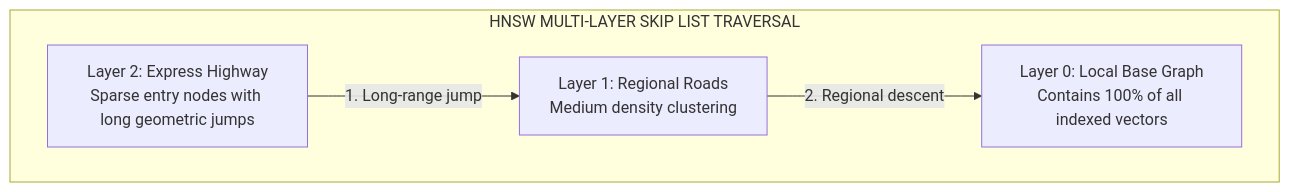
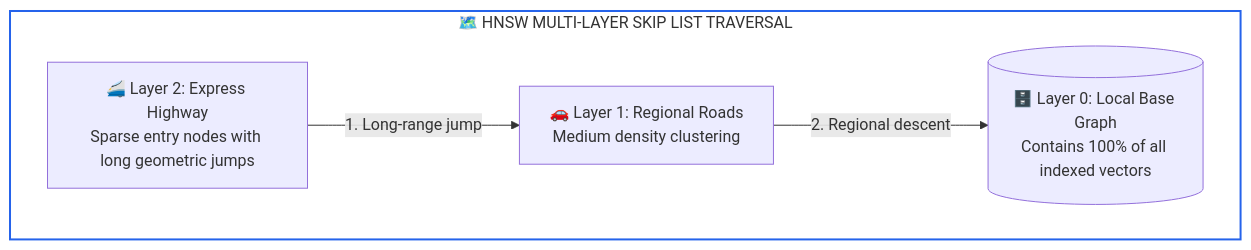
Before and after one commit to dip4k/senior-engineer-to-ai-engineer-roadmap: the second of 3 diagrams in 02-rag-and-knowledge-systems/03-hybrid-search-bm25-and-hnsw.md, drawn with Mermaid. The commit also changed other lines of this file and 39 other files, not shown here.

First line of the commit message:
feat(curriculum): upgrade mermaid diagrams with unicode icons & codify anti-bloat layout rules

````diff
--- a/02-rag-and-knowledge-systems/03-hybrid-search-bm25-and-hnsw.md
+++ b/02-rag-and-knowledge-systems/03-hybrid-search-bm25-and-hnsw.md
@@ -143,11 +136,13 @@
 ```mermaid
 flowchart TD
-    subgraph MultiLayer["HNSW MULTI-LAYER SKIP LIST TRAVERSAL"]
-        L2["Layer 2: Express Highway<br>Sparse entry nodes with long geometric jumps"]
-        L1["Layer 1: Regional Roads<br>Medium density clustering"]
-        L0["Layer 0: Local Base Graph<br>Contains 100% of all indexed vectors"]
+    subgraph MultiLayer["🗺️ HNSW MULTI-LAYER SKIP LIST TRAVERSAL"]
+        L2["🚄 Layer 2: Express Highway<br>Sparse entry nodes with long geometric jumps"]
+        L1["🚗 Layer 1: Regional Roads<br>Medium density clustering"]
+        L0[("🗄️ Layer 0: Local Base Graph<br>Contains 100% of all indexed vectors")]
     end
 
     L2 -->|"1. Long-range jump"| L1
     L1 -->|"2. Regional descent"| L0
+
+    style MultiLayer fill:none,stroke:#2563eb,stroke-width:2px
 ```
````
